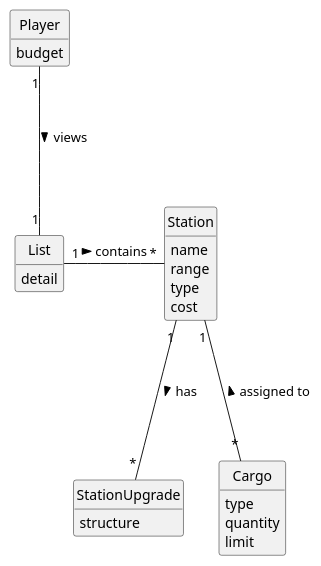
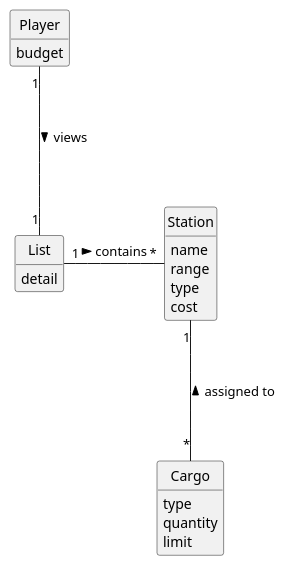
The diagram in docs/system-documentation/US007/02.analysis/puml/US007-DM.puml (1240826/empire-on-tracks), drawn with PlantUML before and after one commit. The commit also changed 2 other files, not shown here.

```diff
--- a/docs/system-documentation/US007/02.analysis/puml/US007-DM.puml
+++ b/docs/system-documentation/US007/02.analysis/puml/US007-DM.puml
@@ -1,42 +1,40 @@
 @startuml
 skinparam monochrome true
 skinparam packageStyle rectangle
 skinparam shadowing false
 
 'left to right direction
 
 skinparam classAttributeIconSize 0
 
 hide circle
 hide methods
 
 'title Domain Model
 
 class Player {
     budget
 }
 
 class Station {
     name
     range
     type
     cost
 }
-class StationUpgrade {
-    structure
-}
+
 class Cargo {
     type
     quantity
     limit
 }
 class List {
     detail
 }
 
 Player "1" --- "1" List : views >
 List "1" -right- "*" Station : contains >
-Station "1" --- "*" StationUpgrade : has >
+
 Station "1" --- "*" Cargo : assigned to <
 
 @enduml
```
